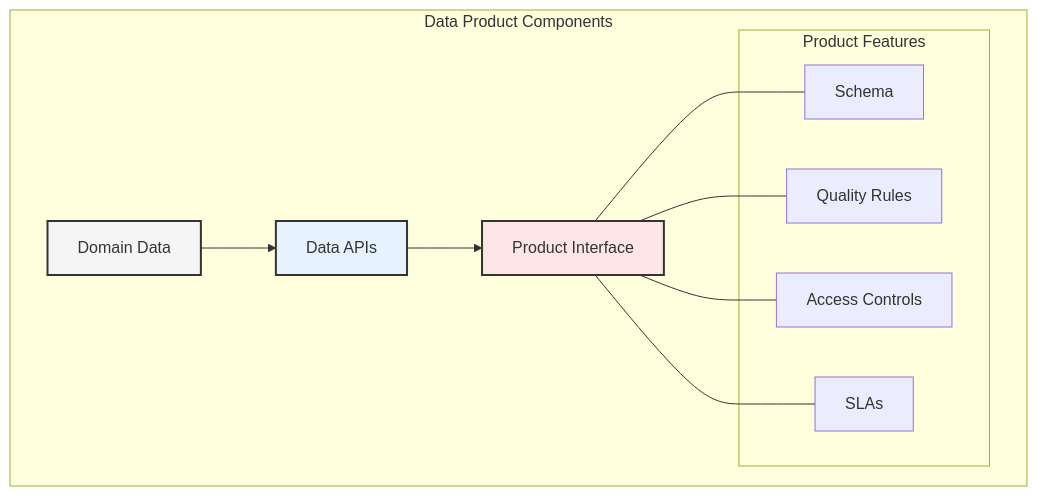
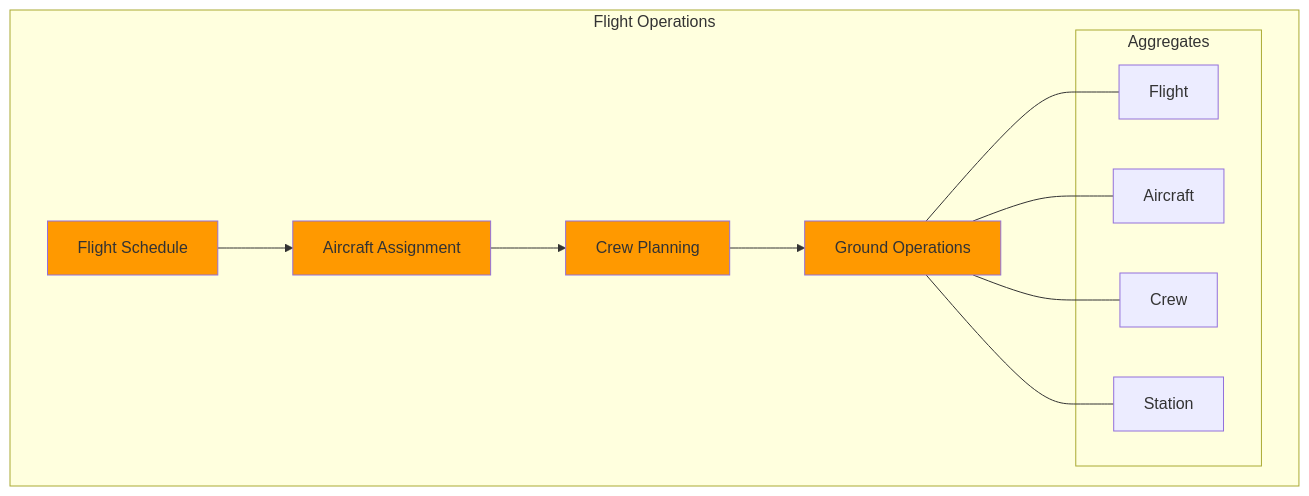
One commit to data-octo/agentic_ai_research changed the second of 7 diagrams in enterprise_data_architecture/chapters/04_domain_driven.md. Above: the diagram before and after it, drawn with Mermaid. The commit also changed other lines of this file and 11 other files, not shown here.

````diff
--- a/enterprise_data_architecture/chapters/04_domain_driven.md
+++ b/enterprise_data_architecture/chapters/04_domain_driven.md
@@ -75,23 +36,25 @@
 ```mermaid
 graph TB
-    subgraph "Data Product Components"
-        A[Domain Data] --> B[Data APIs]
-        B --> C[Product Interface]
+    subgraph "Flight Operations"
+        A[Flight Schedule] --> B[Aircraft Assignment]
+        B --> C[Crew Planning]
+        C --> D[Ground Operations]
         
-        subgraph "Product Features"
-            D[Schema]
-            E[Quality Rules]
-            F[Access Controls]
-            G[SLAs]
+        subgraph "Aggregates"
+            E[Flight]
+            F[Aircraft]
+            G[Crew]
+            H[Station]
         end
         
-        C --- D
-        C --- E
-        C --- F
-        C --- G
+        D --- E
+        D --- F
+        D --- G
+        D --- H
     end
     
-    style A fill:#f5f5f5,stroke:#333,stroke-width:2px
-    style B fill:#e6f3ff,stroke:#333,stroke-width:2px
-    style C fill:#ffe6e6,stroke:#333,stroke-width:2px
+    style A fill:#ff9900
+    style B fill:#ff9900
+    style C fill:#ff9900
+    style D fill:#ff9900
 ```
````
